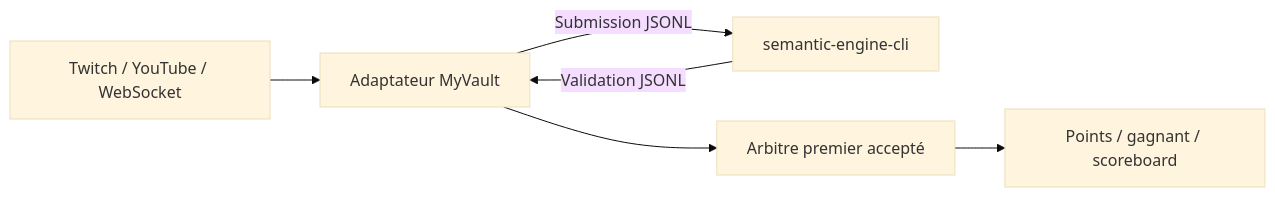
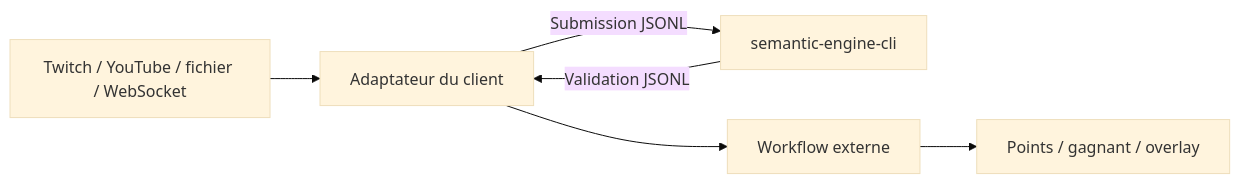
The diagram in docs/integration/jsonl-sidecar.md (W-D0n/semantic-engine), drawn with Mermaid (base theme) before and after one commit. The commit also changed other lines of this file and 8 other files, not shown here.

````diff
--- a/docs/integration/jsonl-sidecar.md
+++ b/docs/integration/jsonl-sidecar.md
@@ -37,8 +35,8 @@
 ```mermaid
 flowchart LR
-    A["Twitch / YouTube / WebSocket"] --> B["Adaptateur MyVault"]
+    A["Twitch / YouTube / fichier / WebSocket"] --> B["Adaptateur du client"]
     B -->|"Submission JSONL"| C["semantic-engine-cli"]
     C -->|"Validation JSONL"| B
-    B --> D["Arbitre premier accepté"]
-    D --> E["Points / gagnant / scoreboard"]
+    B --> D["Workflow externe"]
+    D --> E["Points / gagnant / overlay"]
 ```
````
